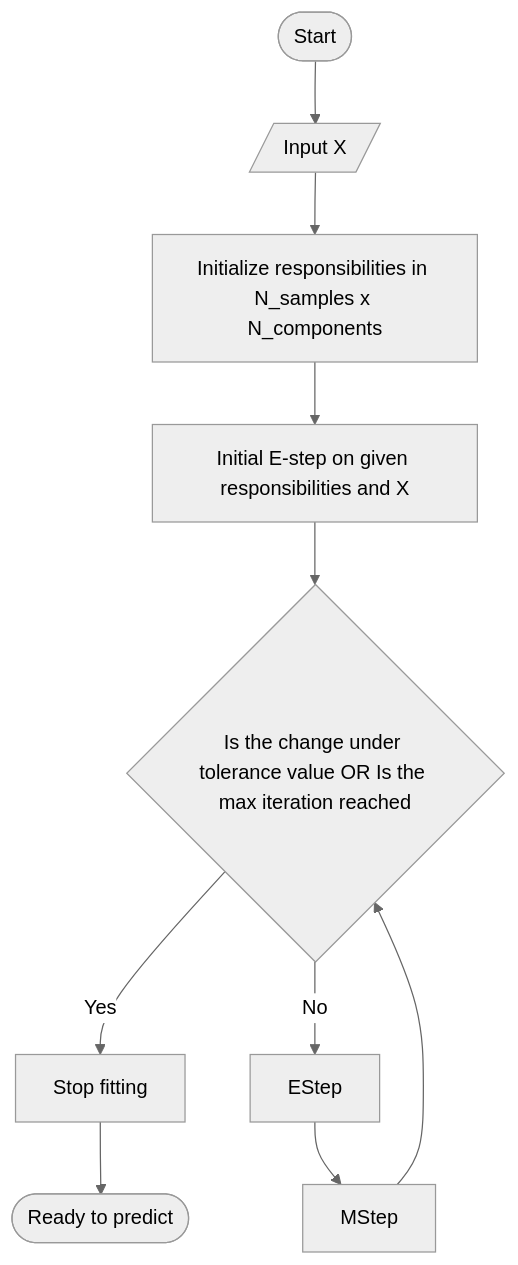
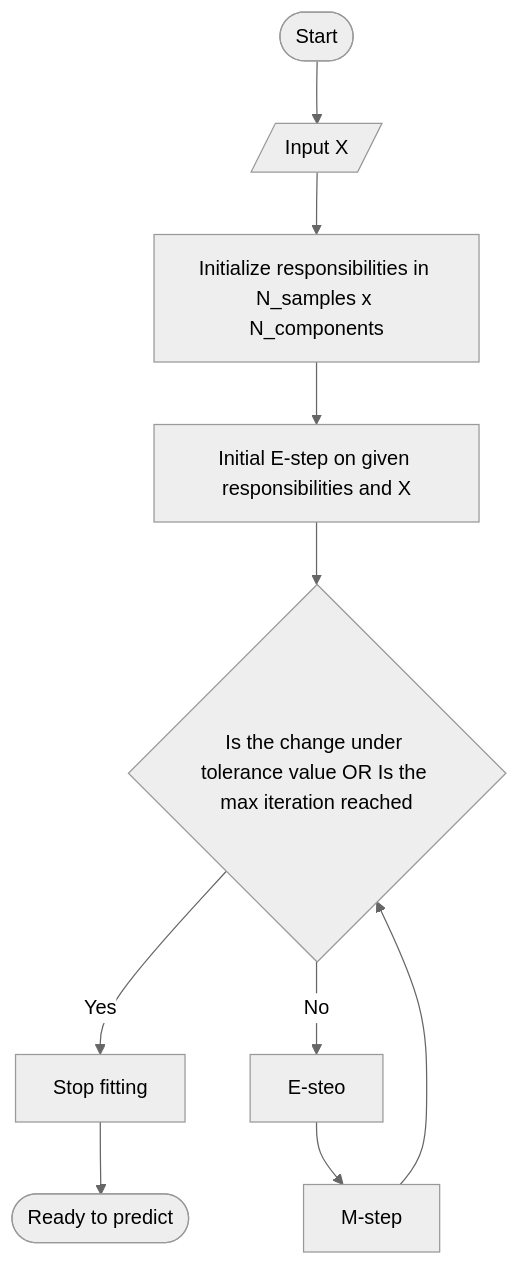
The diagram in README.md (MangoPomelo/GaussianMixture), drawn with Mermaid (neutral theme) before and after one commit.

Commit message:
docs: rename nodes

````diff
--- a/README.md
+++ b/README.md
@@ -10,12 +10,12 @@
 ```mermaid
 graph TD
     Start([Start]) --> InputX
     InputX[/Input X/] --> InitializeResp
     InitializeResp[Initialize responsibilities in N_samples x N_components] --> InitialEStep
     InitialEStep[Initial E-step on given responsibilities and X] --> Guard
     Guard -- Yes --> Return[Stop fitting]
     Guard{Is the change under tolerance value OR Is the max iteration reached} -- No --> EStep
-    EStep --> MStep
-    MStep --> Guard
+    EStep[E-steo] --> MStep
+    MStep[M-step] --> Guard
     Return --> End([Ready to predict])
 ```
````
